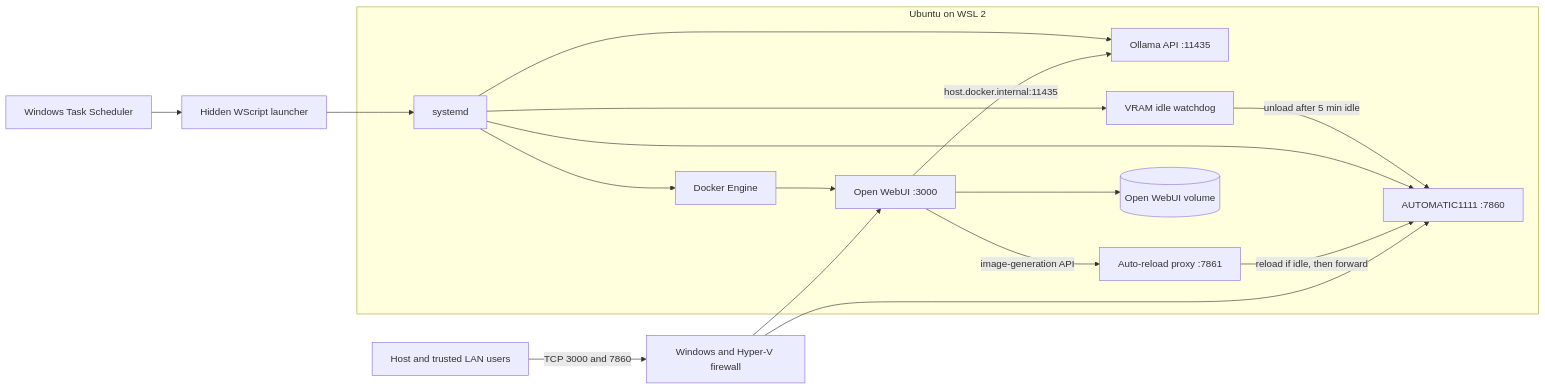
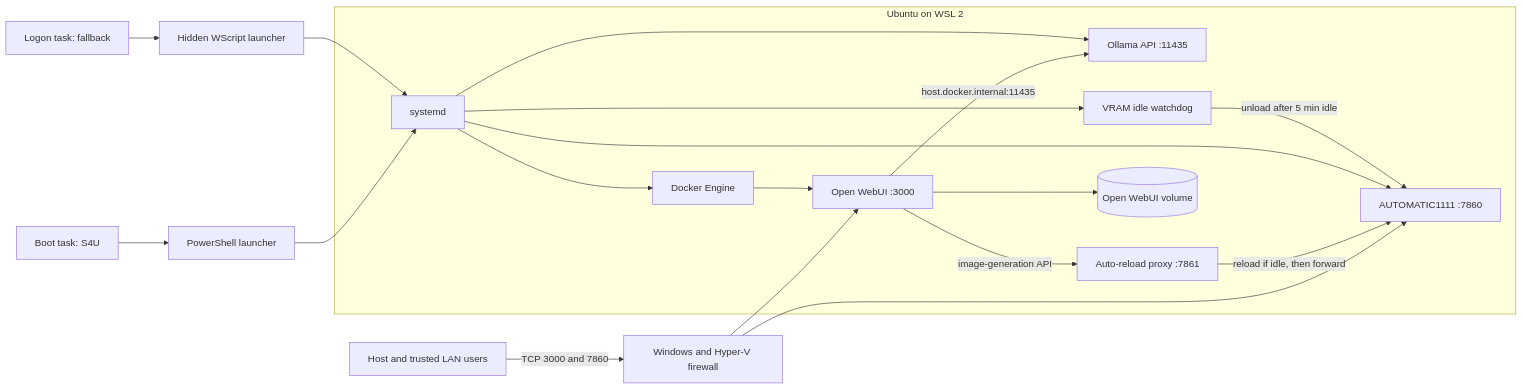
One commit to Muhammad-Hashir-9/local-ai-platform changed the diagram in README.md. Above: the diagram before and after it, drawn with Mermaid. The commit also changed other lines of this file and 4 other files, not shown here.

````diff
--- a/README.md
+++ b/README.md
@@ -78,33 +78,36 @@
 ```mermaid
 flowchart LR
     Users[Host and trusted LAN users]
     FW[Windows and Hyper-V firewall]
-    Task[Windows Task Scheduler]
+    BootTask[Boot task: S4U]
+    LoginTask[Logon task: fallback]
+    PS[PowerShell launcher]
     VBS[Hidden WScript launcher]
 
     subgraph WSL[Ubuntu on WSL 2]
         systemd[systemd]
         Ollama[Ollama API :11435]
         Docker[Docker Engine]
         WebUI[Open WebUI :3000]
         SD[AUTOMATIC1111 :7860]
         SDProxy[Auto-reload proxy :7861]
         Watchdog[VRAM idle watchdog]
         Volume[(Open WebUI volume)]
     end
 
     Users -->|TCP 3000 and 7860| FW
     FW --> WebUI
     FW --> SD
     WebUI -->|host.docker.internal:11435| Ollama
     WebUI -->|image-generation API| SDProxy
     SDProxy -->|reload if idle, then forward| SD
     Docker --> WebUI
     WebUI --> Volume
-    Task --> VBS --> systemd
+    BootTask --> PS --> systemd
+    LoginTask --> VBS --> systemd
     systemd --> Ollama
     systemd --> Docker
     systemd --> SD
     systemd --> Watchdog
     Watchdog -->|unload after 5 min idle| SD
 ```
````
